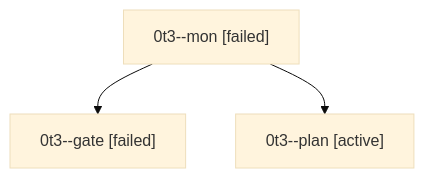
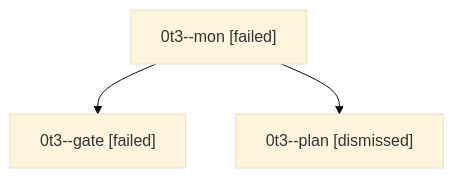
The diagram in sessions/bbugyi200.athena.0t3.md (bobs-org/bob-cli--agents), drawn with Mermaid (base theme) before and after one commit. The commit also changed other lines of this file and 33 other files, not shown here.

````diff
--- a/sessions/bbugyi200.athena.0t3.md
+++ b/sessions/bbugyi200.athena.0t3.md
@@ -9,8 +9,8 @@
 ```mermaid
 flowchart TD
   n0["0t3--mon [failed]"]
   n1["0t3--gate [failed]"]
   n0 --> n1
-  n2["0t3--plan [active]"]
+  n2["0t3--plan [dismissed]"]
   n0 --> n2
 ```
````
